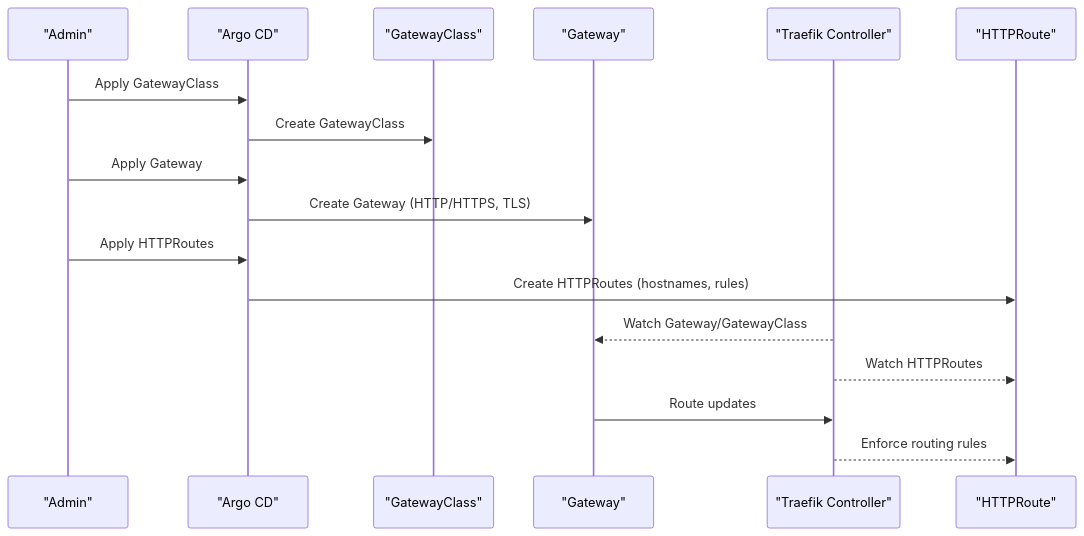
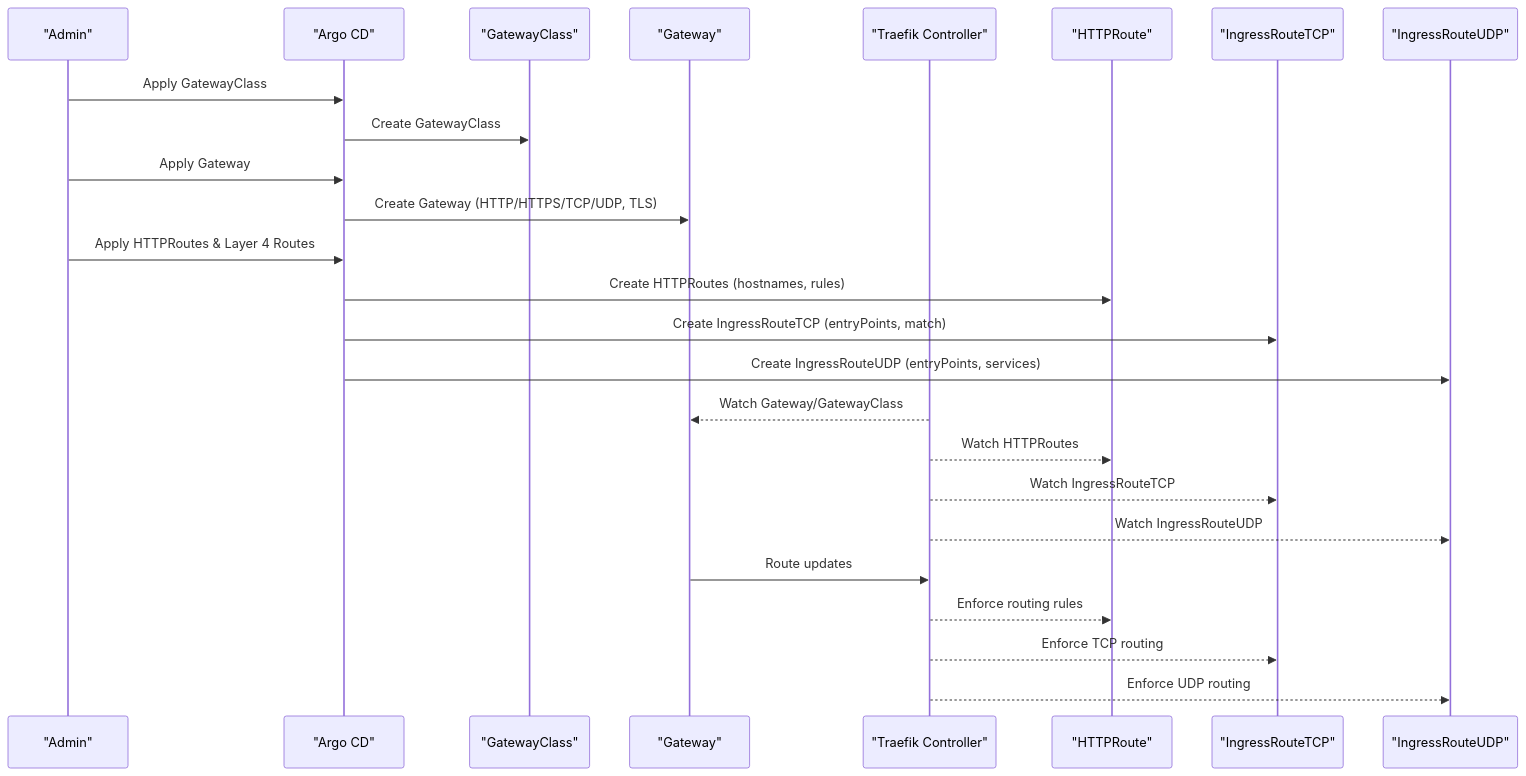
Before and after one commit to Hoangvu75/k8s_manifest: the third of 8 diagrams in .qoder/repowiki/en/content/Advanced Topics/Advanced Networking Configurations.md, drawn with Mermaid. The commit also changed other lines of this file and 7 other files, not shown here.

First line of the commit message:
fix: add Traefik CRDs (IngressRouteTCP, IngressRouteUDP, etc.)

````diff
--- a/.qoder/repowiki/en/content/Advanced Topics/Advanced Networking Configurations.md
+++ b/.qoder/repowiki/en/content/Advanced Topics/Advanced Networking Configurations.md
@@ -159,19 +200,27 @@
 ```mermaid
 sequenceDiagram
 participant Admin as "Admin"
 participant ArgoCD as "Argo CD"
 participant GC as "GatewayClass"
 participant G as "Gateway"
 participant TR as "Traefik Controller"
 participant HR as "HTTPRoute"
+participant ITCPTCP as "IngressRouteTCP"
+participant IUDP as "IngressRouteUDP"
 Admin->>ArgoCD : Apply GatewayClass
 ArgoCD->>GC : Create GatewayClass
 Admin->>ArgoCD : Apply Gateway
-ArgoCD->>G : Create Gateway (HTTP/HTTPS, TLS)
-Admin->>ArgoCD : Apply HTTPRoutes
+ArgoCD->>G : Create Gateway (HTTP/HTTPS/TCP/UDP, TLS)
+Admin->>ArgoCD : Apply HTTPRoutes & Layer 4 Routes
 ArgoCD->>HR : Create HTTPRoutes (hostnames, rules)
+ArgoCD->>ITCPTCP : Create IngressRouteTCP (entryPoints, match)
+ArgoCD->>IUDP : Create IngressRouteUDP (entryPoints, services)
 TR-->>G : Watch Gateway/GatewayClass
 TR-->>HR : Watch HTTPRoutes
+TR-->>ITCPTCP : Watch IngressRouteTCP
+TR-->>IUDP : Watch IngressRouteUDP
 G->>TR : Route updates
 TR-->>HR : Enforce routing rules
+TR-->>ITCPTCP : Enforce TCP routing
+TR-->>IUDP : Enforce UDP routing
 ```
````
